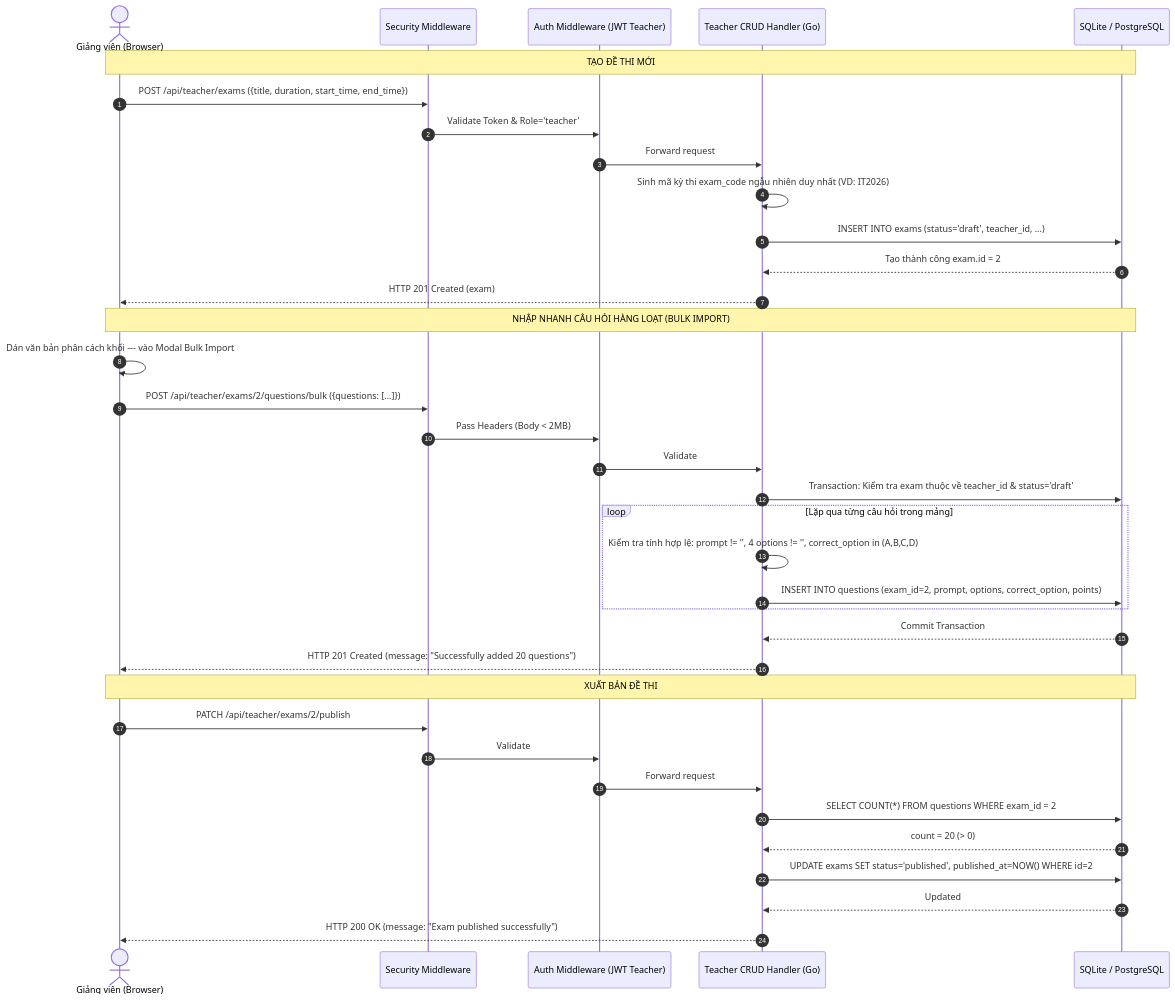
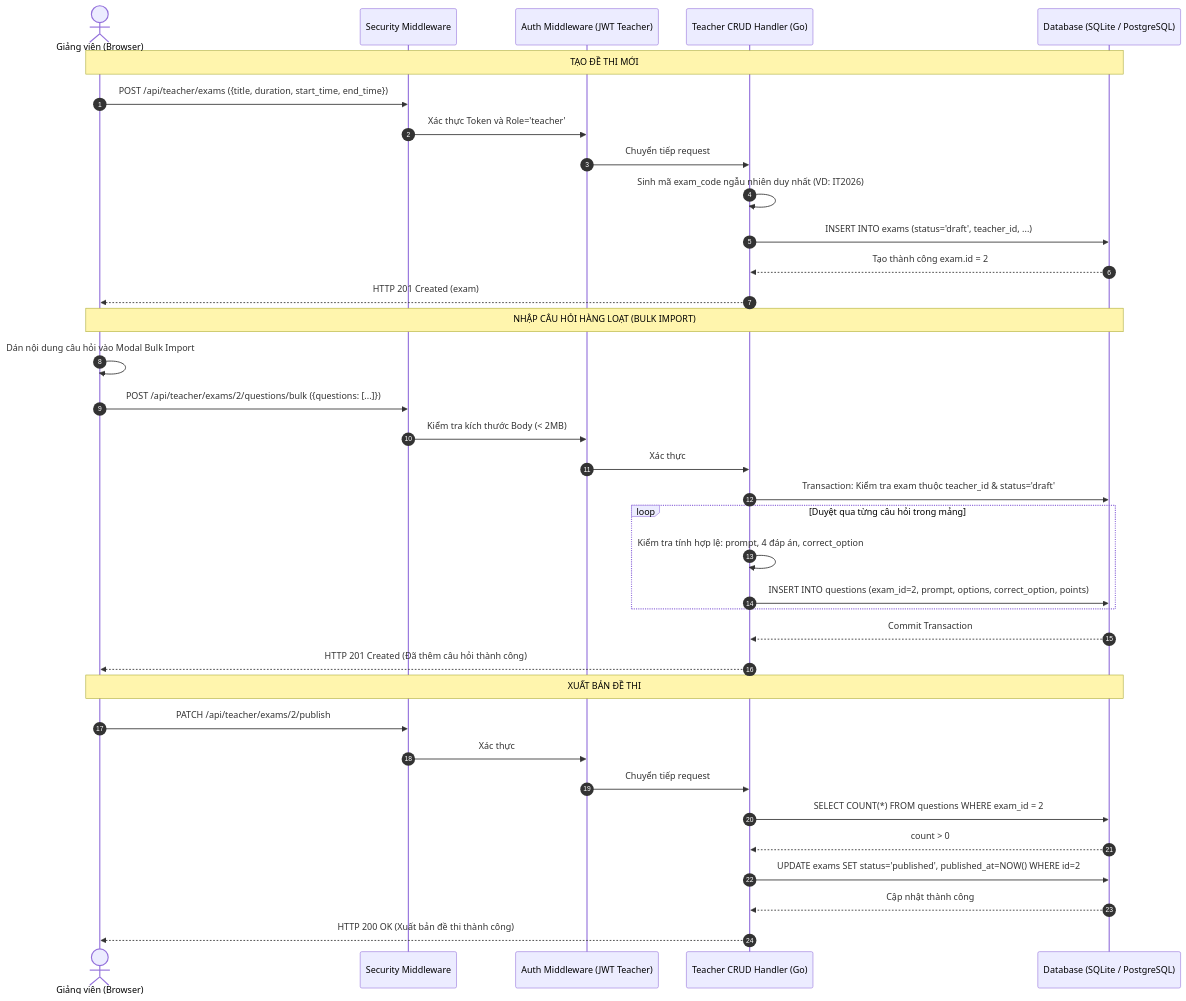
The sixth of 8 diagrams in ARCHITECTURE_AND_REPORT.md (NguenDung/exam-system-mvp), drawn with Mermaid before and after one commit. The commit also changed other lines of this file and 22 other files, not shown here.

````diff
--- a/ARCHITECTURE_AND_REPORT.md
+++ b/ARCHITECTURE_AND_REPORT.md
@@ -579,41 +575,41 @@
 ```mermaid
 sequenceDiagram
     autonumber
     actor Teacher as Giảng viên (Browser)
     participant Sec as Security Middleware
     participant Auth as Auth Middleware (JWT Teacher)
     participant Handler as Teacher CRUD Handler (Go)
-    participant DB as SQLite / PostgreSQL
+    participant DB as Database (SQLite / PostgreSQL)
 
     Note over Teacher, DB: TẠO ĐỀ THI MỚI
     Teacher->>Sec: POST /api/teacher/exams ({title, duration, start_time, end_time})
-    Sec->>Auth: Validate Token & Role='teacher'
-    Auth->>Handler: Forward request
-    Handler->>Handler: Sinh mã kỳ thi exam_code ngẫu nhiên duy nhất (VD: IT2026)
+    Sec->>Auth: Xác thực Token và Role='teacher'
+    Auth->>Handler: Chuyển tiếp request
+    Handler->>Handler: Sinh mã exam_code ngẫu nhiên duy nhất (VD: IT2026)
     Handler->>DB: INSERT INTO exams (status='draft', teacher_id, ...)
     DB-->>Handler: Tạo thành công exam.id = 2
     Handler-->>Teacher: HTTP 201 Created (exam)
 
-    Note over Teacher, DB: NHẬP NHANH CÂU HỎI HÀNG LOẠT (BULK IMPORT)
-    Teacher->>Teacher: Dán văn bản phân cách khối --- vào Modal Bulk Import
+    Note over Teacher, DB: NHẬP CÂU HỎI HÀNG LOẠT (BULK IMPORT)
+    Teacher->>Teacher: Dán nội dung câu hỏi vào Modal Bulk Import
     Teacher->>Sec: POST /api/teacher/exams/2/questions/bulk ({questions: [...]})
-    Sec->>Auth: Pass Headers (Body < 2MB)
-    Auth->>Handler: Validate
-    Handler->>DB: Transaction: Kiểm tra exam thuộc về teacher_id & status='draft'
-    loop Lặp qua từng câu hỏi trong mảng
-        Handler->>Handler: Kiểm tra tính hợp lệ: prompt != '', 4 options != '', correct_option in (A,B,C,D)
+    Sec->>Auth: Kiểm tra kích thước Body (< 2MB)
+    Auth->>Handler: Xác thực
+    Handler->>DB: Transaction: Kiểm tra exam thuộc teacher_id & status='draft'
+    loop Duyệt qua từng câu hỏi trong mảng
+        Handler->>Handler: Kiểm tra tính hợp lệ: prompt, 4 đáp án, correct_option
         Handler->>DB: INSERT INTO questions (exam_id=2, prompt, options, correct_option, points)
     end
     DB-->>Handler: Commit Transaction
-    Handler-->>Teacher: HTTP 201 Created (message: "Successfully added 20 questions")
+    Handler-->>Teacher: HTTP 201 Created (Đã thêm câu hỏi thành công)
 
     Note over Teacher, DB: XUẤT BẢN ĐỀ THI
     Teacher->>Sec: PATCH /api/teacher/exams/2/publish
-    Sec->>Auth: Validate
-    Auth->>Handler: Forward request
+    Sec->>Auth: Xác thực
+    Auth->>Handler: Chuyển tiếp request
     Handler->>DB: SELECT COUNT(*) FROM questions WHERE exam_id = 2
-    DB-->>Handler: count = 20 (> 0)
+    DB-->>Handler: count > 0
     Handler->>DB: UPDATE exams SET status='published', published_at=NOW() WHERE id=2
-    DB-->>Handler: Updated
-    Handler-->>Teacher: HTTP 200 OK (message: "Exam published successfully")
+    DB-->>Handler: Cập nhật thành công
+    Handler-->>Teacher: HTTP 200 OK (Xuất bản đề thi thành công)
 ```
````
